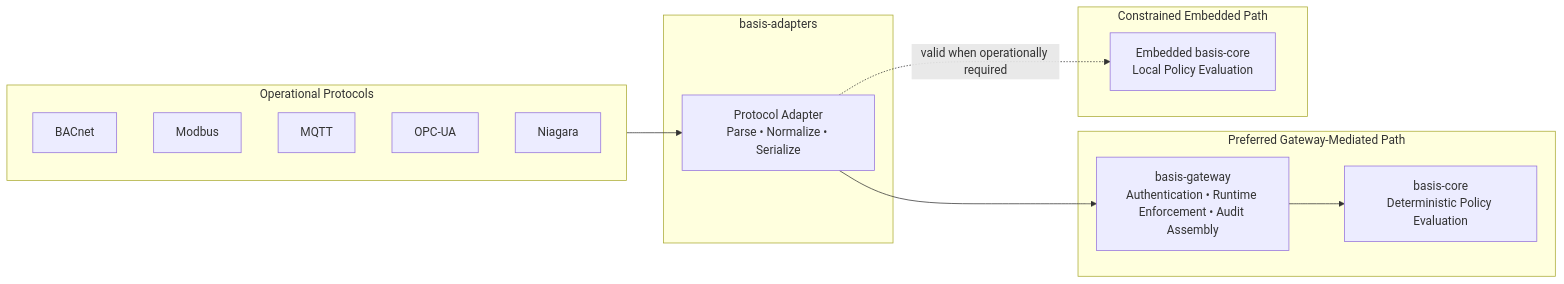
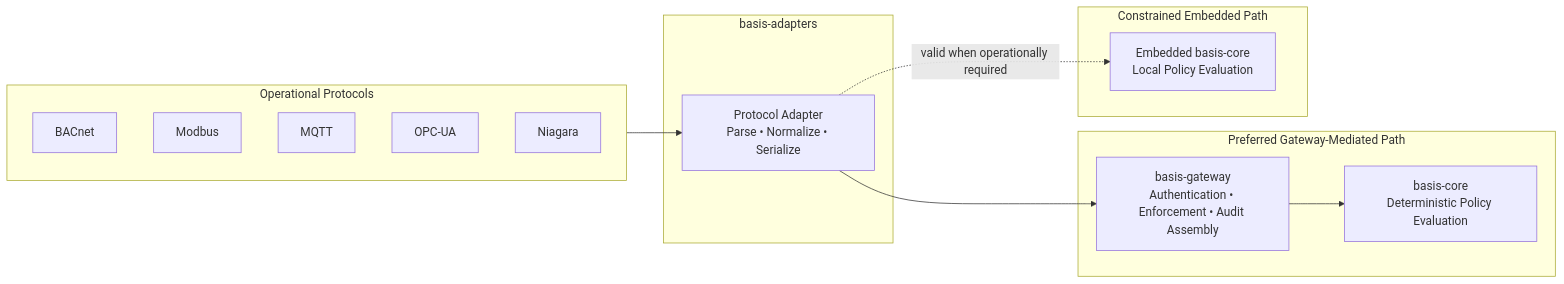
Before and after one commit to basis-foundation/basis-architecture: the diagram in docs/architecture/basis-adapters.md, drawn with Mermaid. The commit also changed other lines of this file and 1 other file, not shown here.

First line of the commit message:
docs: align adapter and gateway architecture terminology (#8)

````diff
--- a/docs/architecture/basis-adapters.md
+++ b/docs/architecture/basis-adapters.md
@@ -204,24 +204,24 @@
 ```mermaid
 flowchart LR
     subgraph Protocols["Operational Protocols"]
         BACnet["BACnet"]
         Modbus["Modbus"]
         MQTT["MQTT"]
         OPCUA["OPC-UA"]
         Niagara["Niagara"]
     end
     subgraph Adapters["basis-adapters"]
         Adapter["Protocol Adapter\nParse • Normalize • Serialize"]
     end
     subgraph GatewayPath["Preferred Gateway-Mediated Path"]
-        Gateway["basis-gateway\nAuthentication • Runtime Enforcement • Audit Assembly"]
+        Gateway["basis-gateway\nAuthentication • Enforcement • Audit Assembly"]
         CoreA["basis-core\nDeterministic Policy Evaluation"]
     end
     subgraph EmbeddedPath["Constrained Embedded Path"]
         CoreB["Embedded basis-core\nLocal Policy Evaluation"]
     end
     Protocols --> Adapter
     Adapter --> Gateway
     Gateway --> CoreA
     Adapter -. valid when operationally required .-> CoreB
 ```
````
